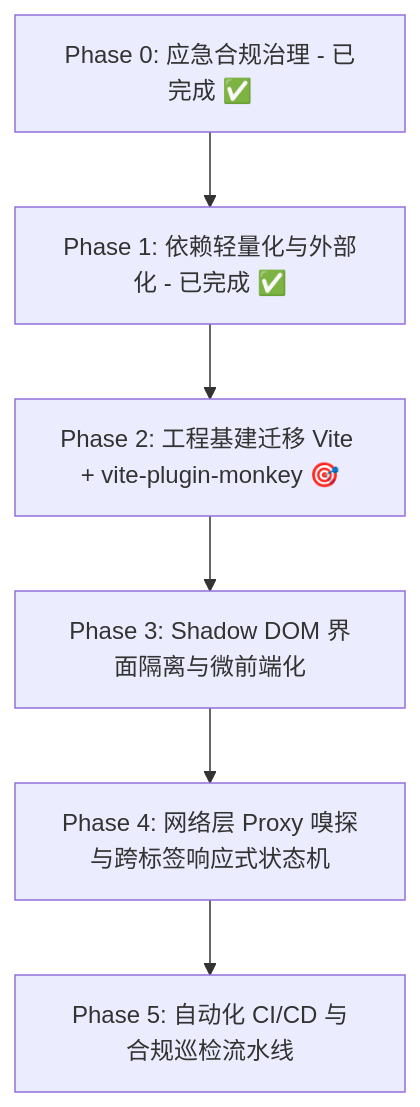
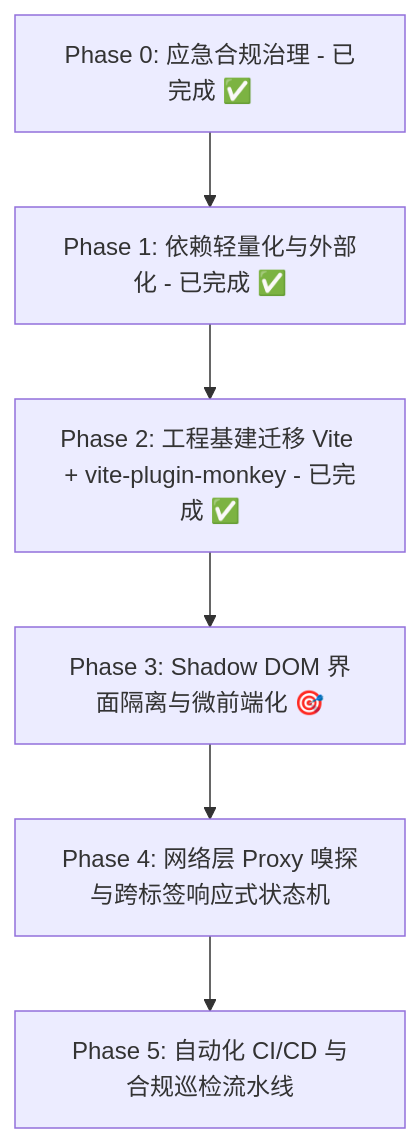
Before and after one commit to Chris-C1108/Miss_Player: the diagram in TODO.md, drawn with Mermaid. The commit also changed other lines of this file and 7 other files, not shown here.

Commit message:
feat(build): 完成 Phase 2 现代化底座迁移，接入 Vite 与 vite-plugin-monkey 实现秒级构建与 HMR 热开发支持

````diff
--- a/TODO.md
+++ b/TODO.md
@@ -9,8 +9,8 @@
 ```mermaid
 flowchart TD
     P0[Phase 0: 应急合规治理 - 已完成 ✅] --> P1[Phase 1: 依赖轻量化与外部化 - 已完成 ✅]
-    P1 --> P2[Phase 2: 工程基建迁移 Vite + vite-plugin-monkey 🎯]
-    P2 --> P3[Phase 3: Shadow DOM 界面隔离与微前端化]
+    P1 --> P2[Phase 2: 工程基建迁移 Vite + vite-plugin-monkey - 已完成 ✅]
+    P2 --> P3[Phase 3: Shadow DOM 界面隔离与微前端化 🎯]
     P3 --> P4[Phase 4: 网络层 Proxy 嗅探与跨标签响应式状态机]
     P4 --> P5[Phase 5: 自动化 CI/CD 与合规巡检流水线]
 ```
````
